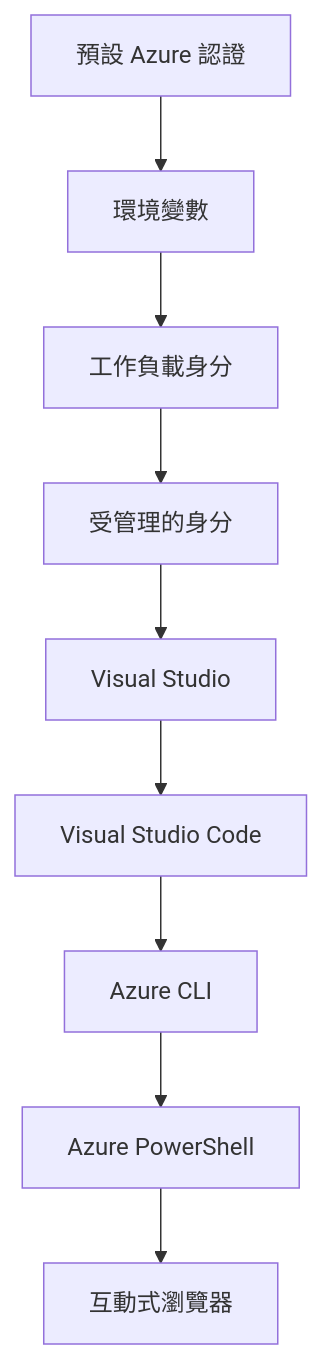
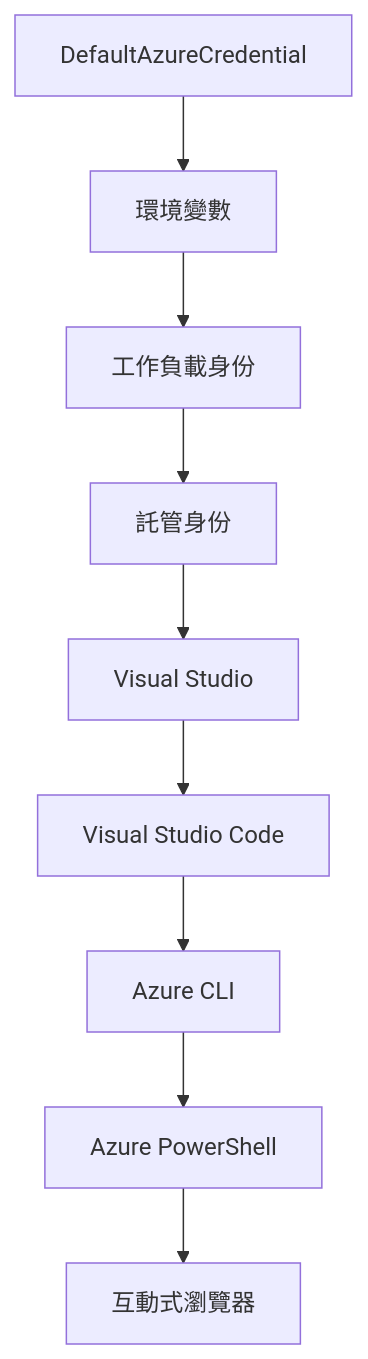
One commit to microsoft/AZD-for-beginners changed the second of 2 diagrams in translations/zh-HK/docs/chapter-01-foundation/azd-basics.md. Above: the diagram before and after it, drawn with Mermaid. The commit also changed other lines of this file and 101 other files, not shown here.

````diff
--- a/translations/zh-HK/docs/chapter-01-foundation/azd-basics.md
+++ b/translations/zh-HK/docs/chapter-01-foundation/azd-basics.md
@@ -558,11 +591,11 @@
 ```mermaid
 graph TD
-    A[預設 Azure 認證] --> B[環境變數]
-    B --> C[工作負載身分]
-    C --> D[受管理的身分]
+    A[DefaultAzureCredential] --> B[環境變數]
+    B --> C[工作負載身份]
+    C --> D[託管身份]
     D --> E[Visual Studio]
     E --> F[Visual Studio Code]
     F --> G[Azure CLI]
     G --> H[Azure PowerShell]
     H --> I[互動式瀏覽器]
 ```
````
